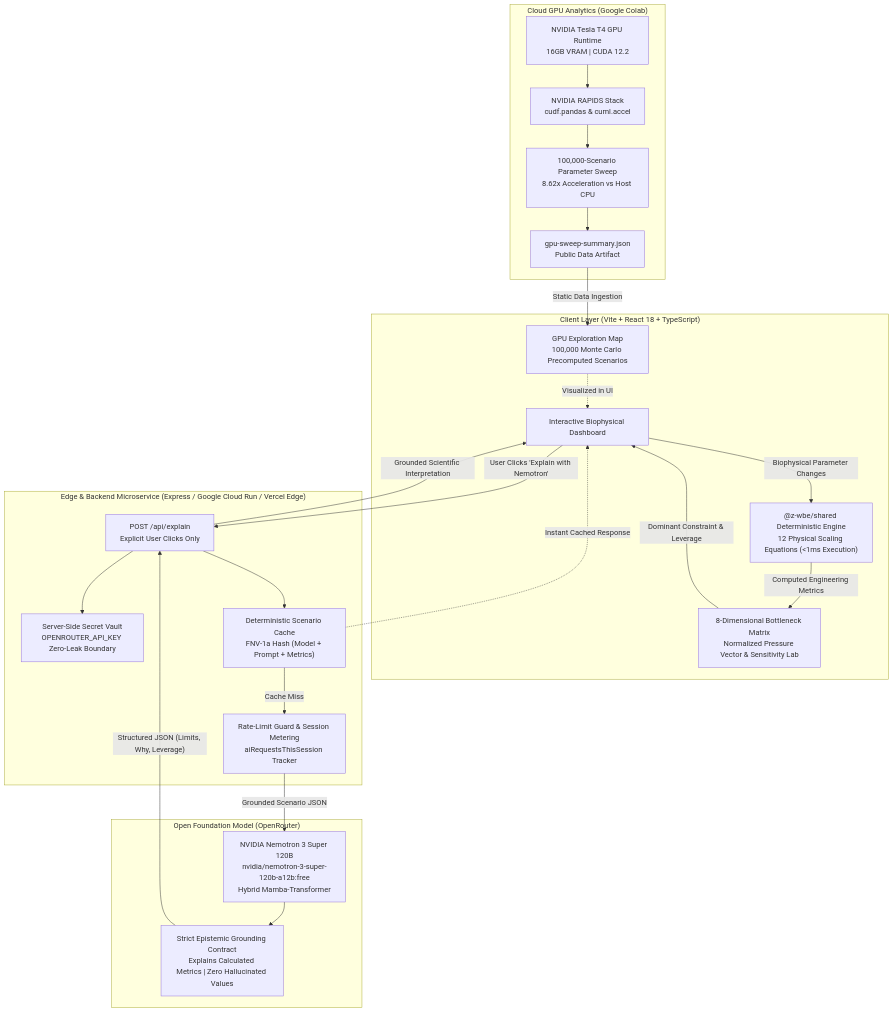
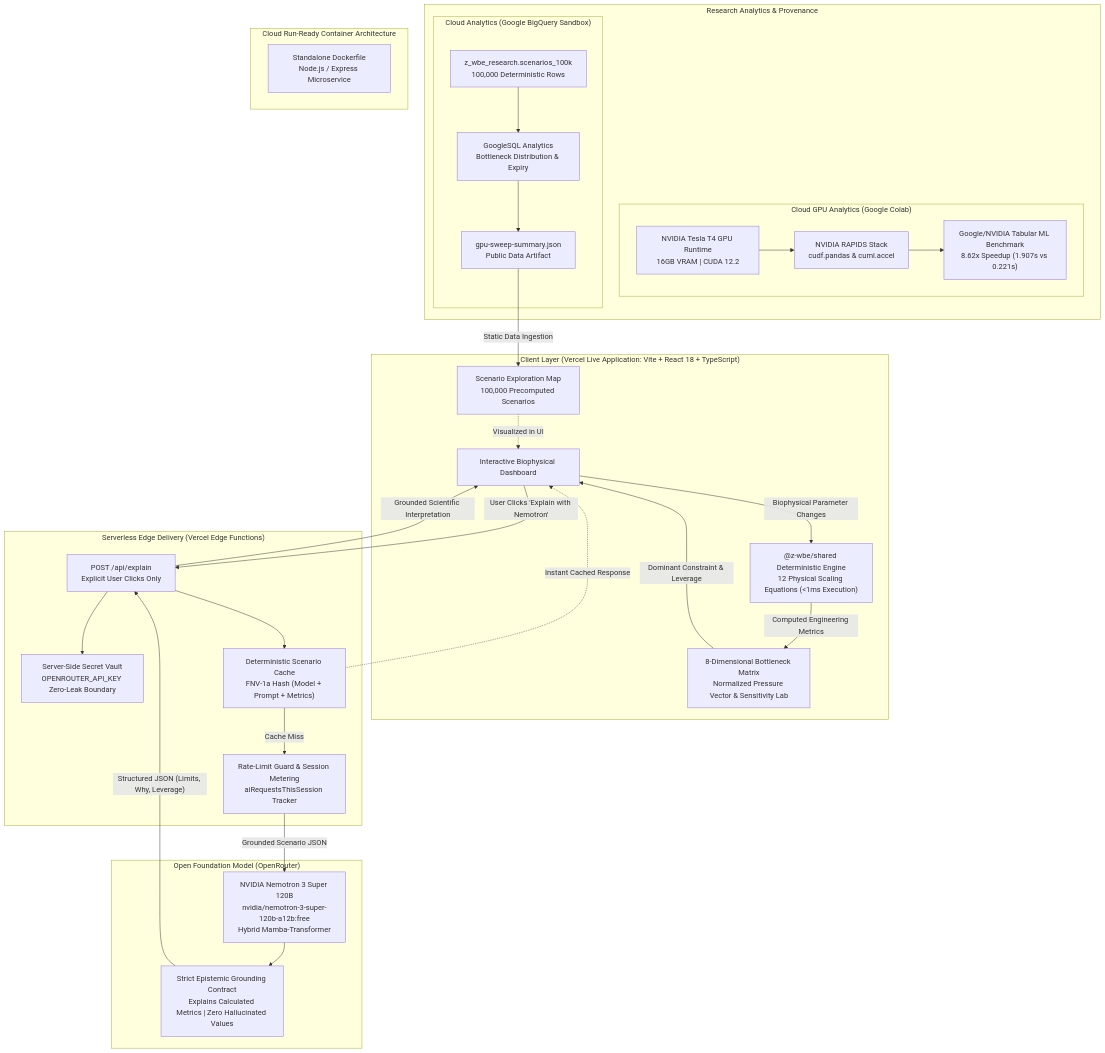
The first of 3 diagrams in README.md (zrt219/Z-WBE-Bottleneck-Lab), drawn with Mermaid before and after one commit. The commit also changed other lines of this file and 33 other files, not shown here.

Commit message:
fix(contest): harmonize public claims with BigQuery Sandbox, Colab T4 benchmark, and accurate architecture

````diff
--- a/README.md
+++ b/README.md
@@ -266,50 +266,63 @@
 ```mermaid
 flowchart TD
-    subgraph ClientLayer ["Client Layer (Vite + React 18 + TypeScript)"]
+    subgraph ClientLayer ["Client Layer (Vercel Live Application: Vite + React 18 + TypeScript)"]
         UI["Interactive Biophysical Dashboard"]
         SharedCalc["@z-wbe/shared Deterministic Engine<br/>12 Physical Scaling Equations (&lt;1ms Execution)"]
         PressureCalc["8-Dimensional Bottleneck Matrix<br/>Normalized Pressure Vector & Sensitivity Lab"]
-        SweepMap["GPU Exploration Map<br/>100,000 Monte Carlo Precomputed Scenarios"]
+        SweepMap["Scenario Exploration Map<br/>100,000 Precomputed Scenarios"]
         
         UI -->|"Biophysical Parameter Changes"| SharedCalc
         SharedCalc -->|"Computed Engineering Metrics"| PressureCalc
         PressureCalc -->|"Dominant Constraint & Leverage"| UI
         SweepMap -.->|"Visualized in UI"| UI
     end
 
-    subgraph EdgeLayer ["Edge & Backend Microservice (Express / Google Cloud Run / Vercel Edge)"]
+    subgraph EdgeLayer ["Serverless Edge Delivery (Vercel Edge Functions)"]
         ExplainRoute["POST /api/explain<br/>Explicit User Clicks Only"]
         SecretVault["Server-Side Secret Vault<br/>OPENROUTER_API_KEY Zero-Leak Boundary"]
         CacheStore["Deterministic Scenario Cache<br/>FNV-1a Hash (Model + Prompt + Metrics)"]
         RateGuard["Rate-Limit Guard & Session Metering<br/>aiRequestsThisSession Tracker"]
         
         ExplainRoute --> SecretVault
         ExplainRoute --> CacheStore
         CacheStore -->|"Cache Miss"| RateGuard
     end
 
     subgraph LLMLayer ["Open Foundation Model (OpenRouter)"]
         NemotronModel["NVIDIA Nemotron 3 Super 120B<br/>nvidia/nemotron-3-super-120b-a12b:free<br/>Hybrid Mamba-Transformer"]
         GroundingContract["Strict Epistemic Grounding Contract<br/>Explains Calculated Metrics | Zero Hallucinated Values"]
         
         RateGuard -->|"Grounded Scenario JSON"| NemotronModel
         NemotronModel --> GroundingContract
         GroundingContract -->|"Structured JSON (Limits, Why, Leverage)"| ExplainRoute
     end
 
-    subgraph GPULayer ["Cloud GPU Analytics (Google Colab)"]
-        TeslaT4["NVIDIA Tesla T4 GPU Runtime<br/>16GB VRAM | CUDA 12.2"]
-        RAPIDSStack["NVIDIA RAPIDS Stack<br/>cudf.pandas & cuml.accel"]
-        MonteCarloSweep["100,000-Scenario Parameter Sweep<br/>8.62x Acceleration vs Host CPU"]
-        ExportData["gpu-sweep-summary.json<br/>Public Data Artifact"]
-        
-        TeslaT4 --> RAPIDSStack
-        RAPIDSStack --> MonteCarloSweep
-        MonteCarloSweep --> ExportData
+    subgraph ResearchAnalytics ["Research Analytics & Provenance"]
+        subgraph GPULayer ["Cloud GPU Analytics (Google Colab)"]
+            TeslaT4["NVIDIA Tesla T4 GPU Runtime<br/>16GB VRAM | CUDA 12.2"]
+            RAPIDSStack["NVIDIA RAPIDS Stack<br/>cudf.pandas & cuml.accel"]
+            Benchmark["Google/NVIDIA Tabular ML Benchmark<br/>8.62x Speedup (1.907s vs 0.221s)"]
+            
+            TeslaT4 --> RAPIDSStack
+            RAPIDSStack --> Benchmark
+        end
+
+        subgraph BQLayer ["Cloud Analytics (Google BigQuery Sandbox)"]
+            BQTable["z_wbe_research.scenarios_100k<br/>100,000 Deterministic Rows"]
+            GoogleSQL["GoogleSQL Analytics<br/>Bottleneck Distribution & Expiry"]
+            ExportData["gpu-sweep-summary.json<br/>Public Data Artifact"]
+            
+            BQTable --> GoogleSQL
+            GoogleSQL --> ExportData
+        end
+    end
+
+    subgraph CloudRunArch ["Cloud Run-Ready Container Architecture"]
+        Docker["Standalone Dockerfile<br/>Node.js / Express Microservice"]
     end
 
     UI -->|"User Clicks 'Explain with Nemotron'"| ExplainRoute
     CacheStore -.->|"Instant Cached Response"| UI
     ExplainRoute -->|"Grounded Scientific Interpretation"| UI
     ExportData -->|"Static Data Ingestion"| SweepMap
 ```
````
